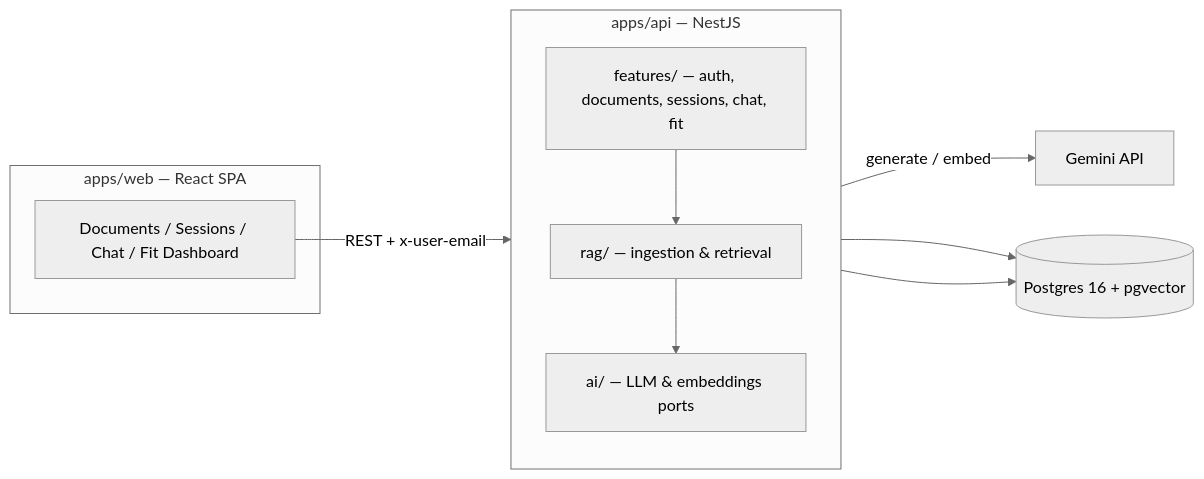
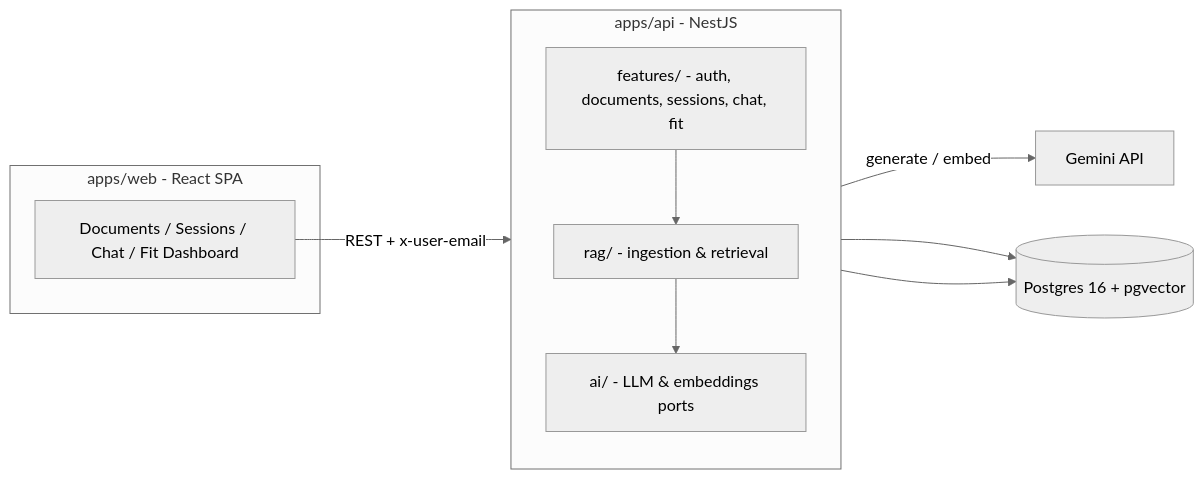
Before and after one commit to DenisReact/CV_Assistant_App: the diagram in README.md, drawn with Mermaid (neutral theme). The commit also changed other lines of this file and 25 other files, not shown here.

````diff
--- a/README.md
+++ b/README.md
@@ -58,19 +73,19 @@
 ```mermaid
 flowchart LR
-    subgraph web [apps/web — React SPA]
+    subgraph web [apps/web - React SPA]
         UI[Documents / Sessions / Chat / Fit Dashboard]
     end
 
-    subgraph api [apps/api — NestJS]
+    subgraph api [apps/api - NestJS]
         direction TB
-        F[features/ — auth, documents, sessions, chat, fit]
-        R[rag/ — ingestion & retrieval]
-        A[ai/ — LLM & embeddings ports]
+        F[features/ - auth, documents, sessions, chat, fit]
+        R[rag/ - ingestion & retrieval]
+        A[ai/ - LLM & embeddings ports]
         F --> R --> A
     end
 
     UI -->|REST + x-user-email| F
     A -->|generate / embed| G[Gemini API]
     F --> P[(Postgres 16 + pgvector)]
     R --> P
 ```
````
